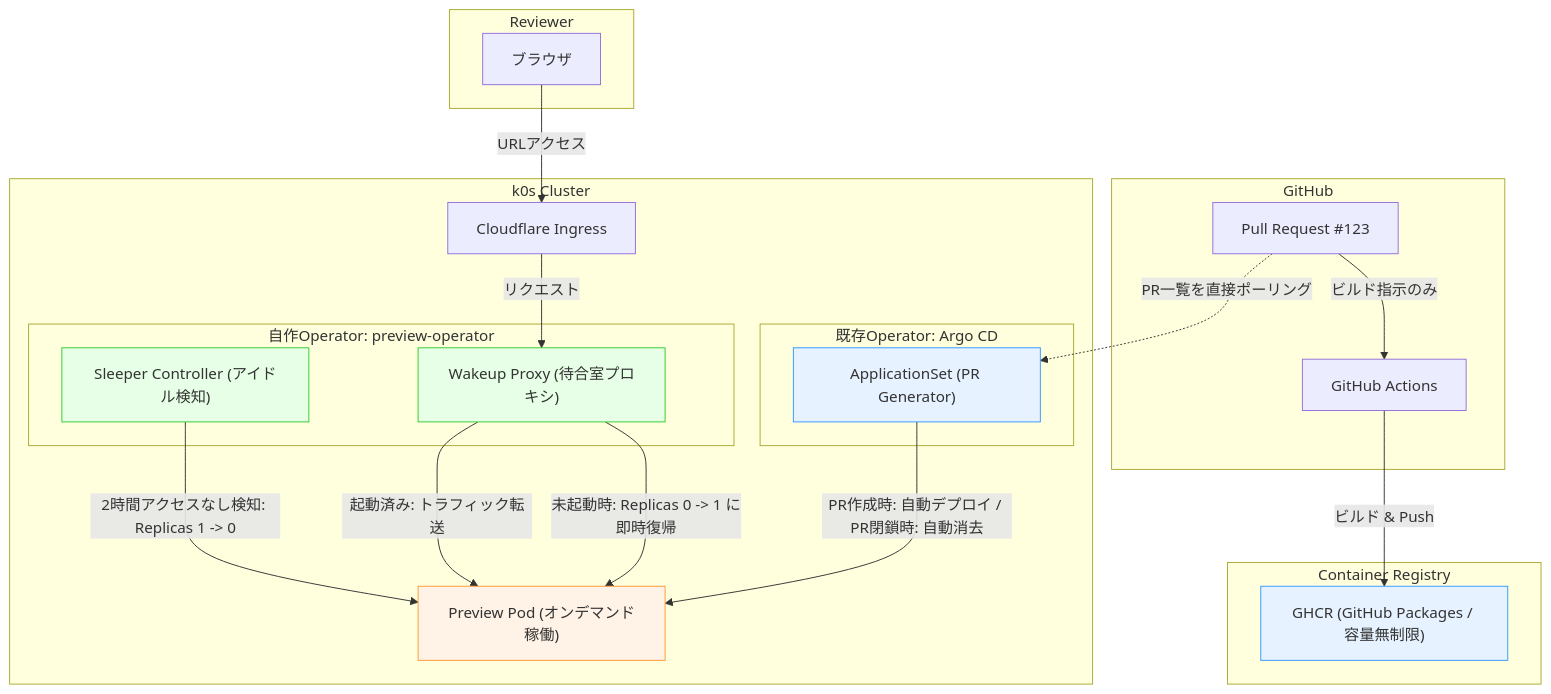
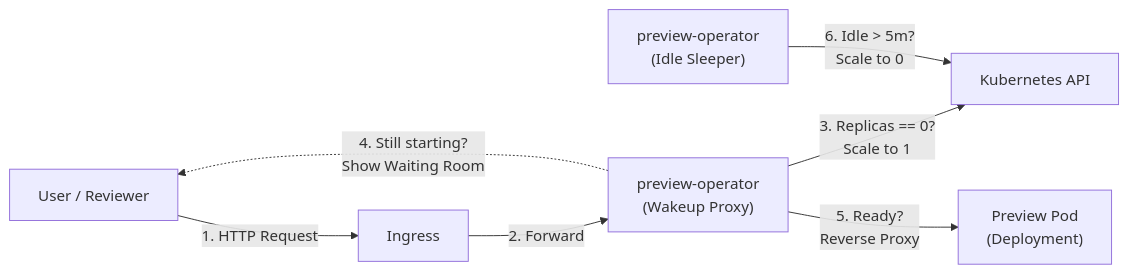
Before and after one commit to AobaIwaki123/preview-operator: the diagram in README.md, drawn with Mermaid. The commit also changed other lines of this file and 5 other files, not shown here.

````diff
--- a/README.md
+++ b/README.md
@@ -46,49 +24,13 @@
 ```mermaid
 %%{init: {"flowchart": {"curve": "basis"}}}%%
-flowchart TD
-    subgraph GitHub ["GitHub"]
-        PR["Pull Request #123"]
-        CI["GitHub Actions"]
-    end
-
-    subgraph Registry ["Container Registry"]
-        GHCR["GHCR (GitHub Packages / 容量無制限)"]
-    end
-
-    subgraph Cluster ["k0s Cluster"]
-        subgraph ExistingOperator ["既存Operator: Argo CD"]
-            AppSet["ApplicationSet (PR Generator)"]
-        end
-
-        subgraph CustomOperator ["自作Operator: preview-operator"]
-            Proxy["Wakeup Proxy (待合室プロキシ)"]
-            Sleeper["Sleeper Controller (アイドル検知)"]
-        end
-
-        Pod["Preview Pod (オンデマンド稼働)"]
-        Ingress["Cloudflare Ingress"]
-    end
-
-    subgraph User ["Reviewer"]
-        Browser["ブラウザ"]
-    end
-
-    %% ライフサイクル制御
-    PR -->|"ビルド指示のみ"| CI
-    CI -->|"ビルド & Push"| GHCR
-    PR -.->|"PR一覧を直接ポーリング"| AppSet
-    AppSet -->|"PR作成時: 自動デプロイ / PR閉鎖時: 自動消去"| Pod
-
-    %% トラフィック & Scale-to-Zero制御
-    Browser -->|"URLアクセス"| Ingress
-    Ingress -->|"リクエスト"| Proxy
-    Proxy -->|"未起動時: Replicas 0 -> 1 に即時復帰"| Pod
-    Proxy -->|"起動済み: トラフィック転送"| Pod
-    Sleeper -->|"2時間アクセスなし検知: Replicas 1 -> 0"| Pod
-
-    style AppSet fill:#e6f2ff,stroke:#3399ff
-    style Proxy fill:#e6ffe6,stroke:#33cc33
-    style Sleeper fill:#e6ffe6,stroke:#33cc33
-    style GHCR fill:#e6f2ff,stroke:#3399ff
-    style Pod fill:#fff2e6,stroke:#ff9933
+flowchart LR
+    Browser["User / Reviewer"] -->|"1. HTTP Request"| Ingress["Ingress"]
+    Ingress -->|"2. Forward"| Proxy["preview-operator<br>(Wakeup Proxy)"]
+    
+    Proxy -->|"3. Replicas == 0?<br>Scale to 1"| K8sAPI["Kubernetes API"]
+    Proxy -.->|"4. Still starting?<br>Show Waiting Room"| Browser
+    
+    Proxy -->|"5. Ready?<br>Reverse Proxy"| AppPod["Preview Pod<br>(Deployment)"]
+    
+    Sleeper["preview-operator<br>(Idle Sleeper)"] -->|"6. Idle > 5m?<br>Scale to 0"| K8sAPI
 ```
````
